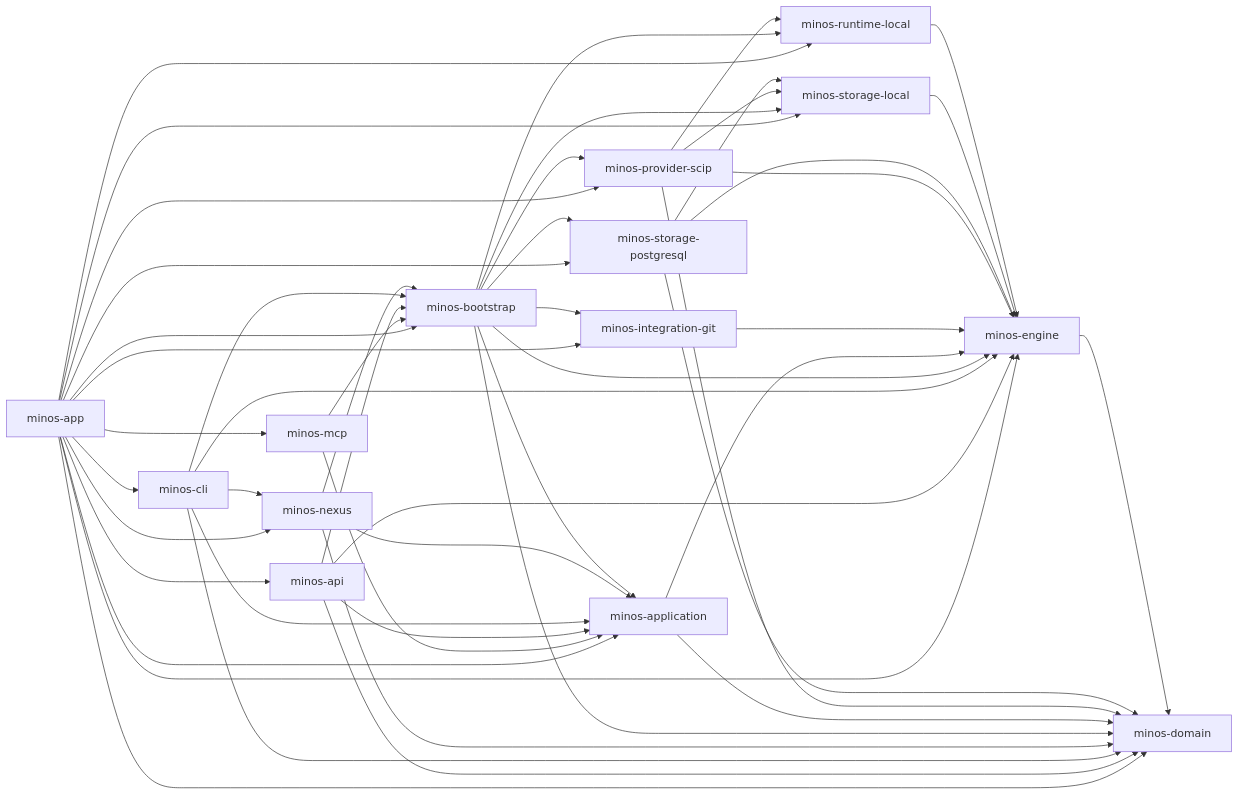
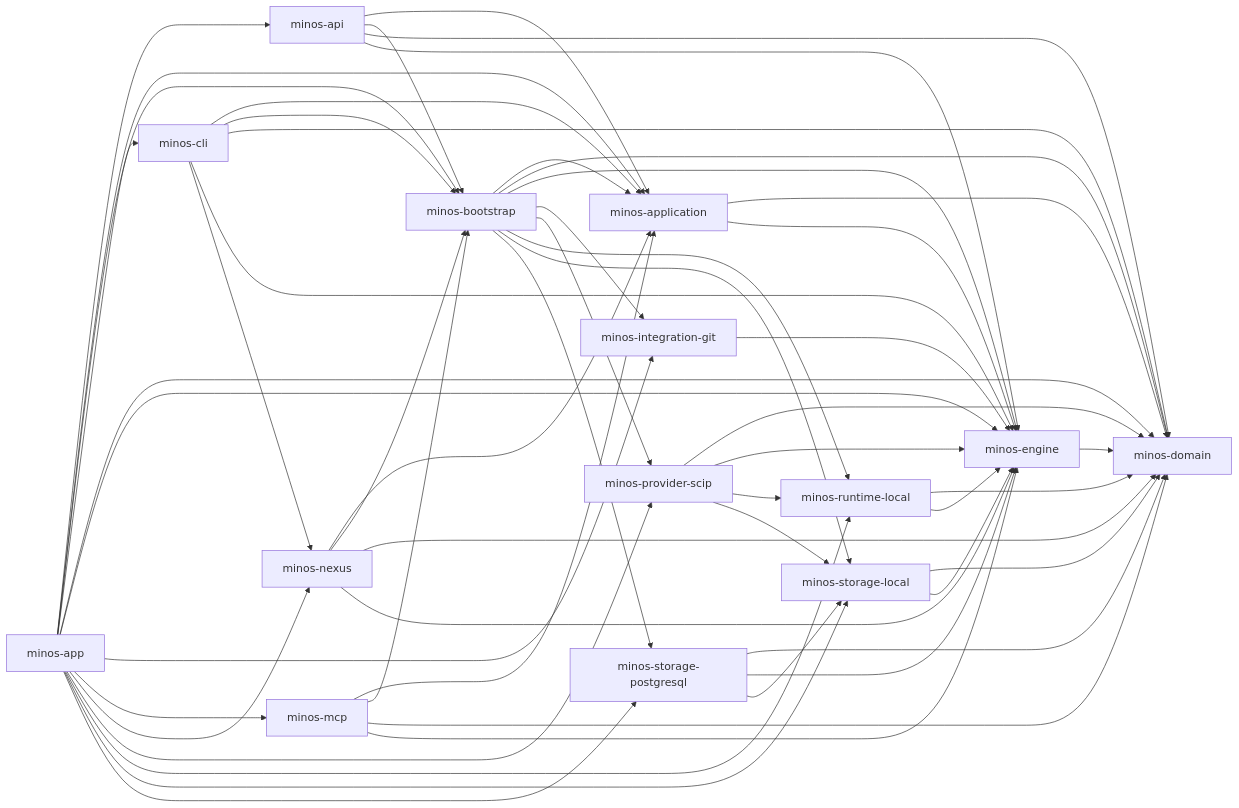
Before and after one commit to FTurleque/minos-code-intelligence: the diagram in docs/architecture/diagrams/module-dependencies.md, drawn with Mermaid. The commit also changed other lines of this file and 13 other files, not shown here.

First line of the commit message:
build(architecture): déclarer chaque module utilisé, règle stricte obligatoire (H08)

````diff
--- a/docs/architecture/diagrams/module-dependencies.md
+++ b/docs/architecture/diagrams/module-dependencies.md
@@ -8,65 +8,70 @@
 ```mermaid
 flowchart LR
     minos_domain["minos-domain"]
     minos_engine["minos-engine"]
     minos_runtime_local["minos-runtime-local"]
     minos_storage_local["minos-storage-local"]
     minos_storage_postgresql["minos-storage-postgresql"]
     minos_provider_scip["minos-provider-scip"]
     minos_integration_git["minos-integration-git"]
     minos_application["minos-application"]
     minos_bootstrap["minos-bootstrap"]
     minos_nexus["minos-nexus"]
     minos_cli["minos-cli"]
     minos_api["minos-api"]
     minos_mcp["minos-mcp"]
     minos_app["minos-app"]
     minos_engine --> minos_domain
+    minos_runtime_local --> minos_domain
     minos_runtime_local --> minos_engine
+    minos_storage_local --> minos_domain
     minos_storage_local --> minos_engine
     minos_storage_postgresql --> minos_domain
     minos_storage_postgresql --> minos_engine
     minos_storage_postgresql --> minos_storage_local
     minos_provider_scip --> minos_domain
     minos_provider_scip --> minos_engine
     minos_provider_scip --> minos_runtime_local
     minos_provider_scip --> minos_storage_local
     minos_integration_git --> minos_engine
     minos_application --> minos_domain
     minos_application --> minos_engine
     minos_bootstrap --> minos_application
     minos_bootstrap --> minos_domain
     minos_bootstrap --> minos_engine
     minos_bootstrap --> minos_integration_git
     minos_bootstrap --> minos_provider_scip
     minos_bootstrap --> minos_runtime_local
     minos_bootstrap --> minos_storage_local
     minos_bootstrap --> minos_storage_postgresql
     minos_nexus --> minos_application
     minos_nexus --> minos_bootstrap
     minos_nexus --> minos_domain
+    minos_nexus --> minos_engine
     minos_cli --> minos_application
     minos_cli --> minos_bootstrap
     minos_cli --> minos_domain
     minos_cli --> minos_engine
     minos_cli --> minos_nexus
     minos_api --> minos_application
     minos_api --> minos_bootstrap
     minos_api --> minos_domain
     minos_api --> minos_engine
     minos_mcp --> minos_application
     minos_mcp --> minos_bootstrap
+    minos_mcp --> minos_domain
+    minos_mcp --> minos_engine
     minos_app --> minos_api
     minos_app --> minos_application
     minos_app --> minos_bootstrap
     minos_app --> minos_cli
     minos_app --> minos_domain
     minos_app --> minos_engine
     minos_app --> minos_integration_git
     minos_app --> minos_mcp
     minos_app --> minos_nexus
     minos_app --> minos_provider_scip
     minos_app --> minos_runtime_local
     minos_app --> minos_storage_local
     minos_app --> minos_storage_postgresql
 ```
````
